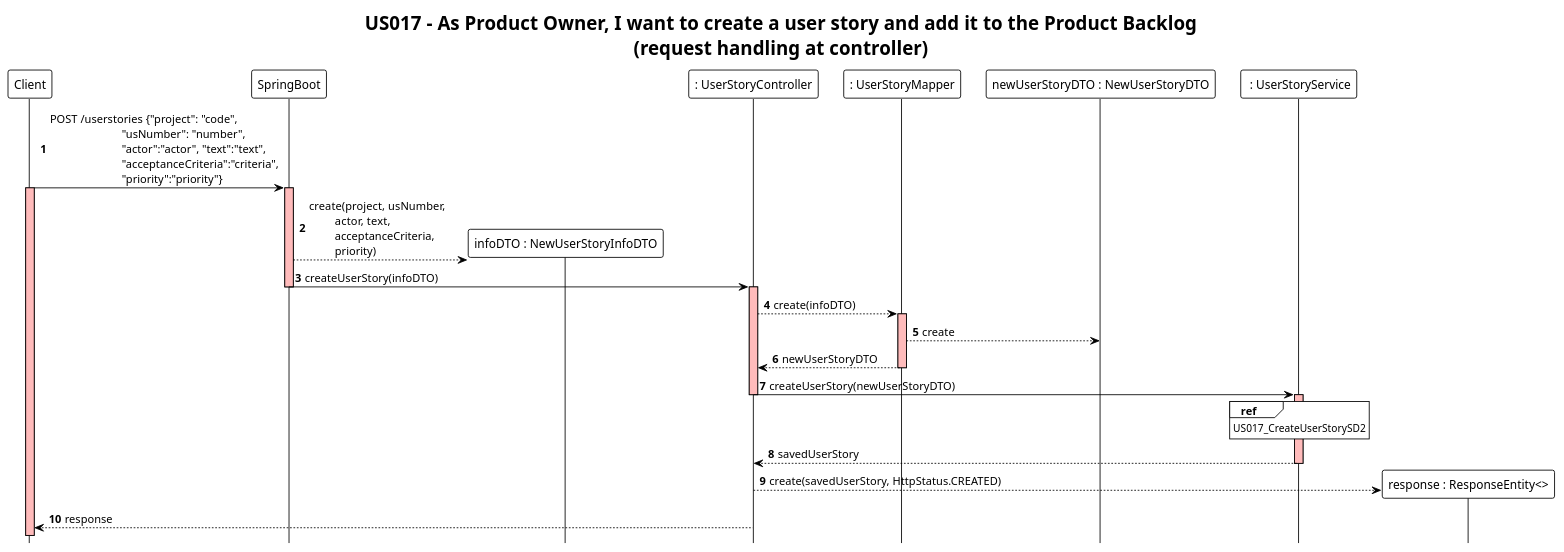
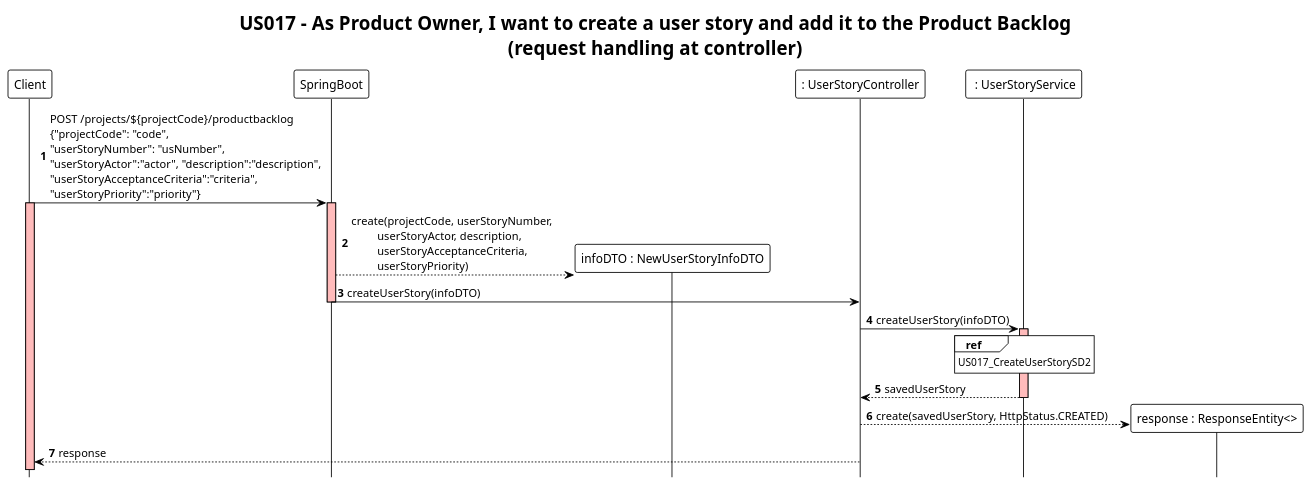
One commit to ivo-menezes/project_g3 changed the diagram in docs/modelling_design/user_stories/us017/US017_CreateUserStorySD1.puml. Above: the diagram before and after it, drawn with PlantUML. The commit also changed 2 other files, not shown here.

Commit message:
US017: Design: update sequence diagrams (closes #118)

```diff
--- a/docs/modelling_design/user_stories/us017/US017_CreateUserStorySD1.puml
+++ b/docs/modelling_design/user_stories/us017/US017_CreateUserStorySD1.puml
@@ -1,48 +1,38 @@
 @startuml
 !theme plain
 hide footbox
 autonumber
 
 skinparam sequence{
 LifeLineBackgroundColor #FFBBBB
 }
 
 title US017 - As Product Owner, I want to create a user story and add it to the Product Backlog\n(request handling at controller)
 
 participant Client
 participant SpringBoot
 participant "infoDTO : NewUserStoryInfoDTO" as infoDTO
 participant ": UserStoryController" as controller
-participant ": UserStoryMapper" as mapper
-participant "newUserStoryDTO : NewUserStoryDTO" as newUserStoryDTO
 participant " : UserStoryService" as service
 participant "response : ResponseEntity<>" as response
 
-Client -> SpringBoot : POST /userstories {"project": "code",\n                         "usNumber": "number",\n                         "actor":"actor", "text":"text",\n                         "acceptanceCriteria":"criteria",\n                         "priority":"priority"}
+Client -> SpringBoot : POST /projects/${projectCode}/productbacklog\n{"projectCode": "code",\n"userStoryNumber": "usNumber",\n"userStoryActor":"actor", "description":"description",\n"userStoryAcceptanceCriteria":"criteria",\n"userStoryPriority":"priority"}
 activate Client
 
 activate SpringBoot
-SpringBoot --> infoDTO ** : create(project, usNumber,\n         actor, text,\n         acceptanceCriteria,\n         priority)
+SpringBoot --> infoDTO ** : create(projectCode, userStoryNumber,\n         userStoryActor, description,\n         userStoryAcceptanceCriteria,\n         userStoryPriority)
 SpringBoot -> controller : createUserStory(infoDTO)
 deactivate
 
-activate controller
-controller --> mapper : create(infoDTO)
-
-activate mapper
-mapper --> newUserStoryDTO : create
-mapper --> controller : newUserStoryDTO
-deactivate
-
-controller -> service : createUserStory(newUserStoryDTO)
+controller -> service : createUserStory(infoDTO)
 deactivate
 
 activate service
 ref over service : US017_CreateUserStorySD2
 
 service --> controller : savedUserStory
 deactivate
 
 controller --> response ** : create(savedUserStory, HttpStatus.CREATED)
 controller --> Client : response
 @enduml
```
